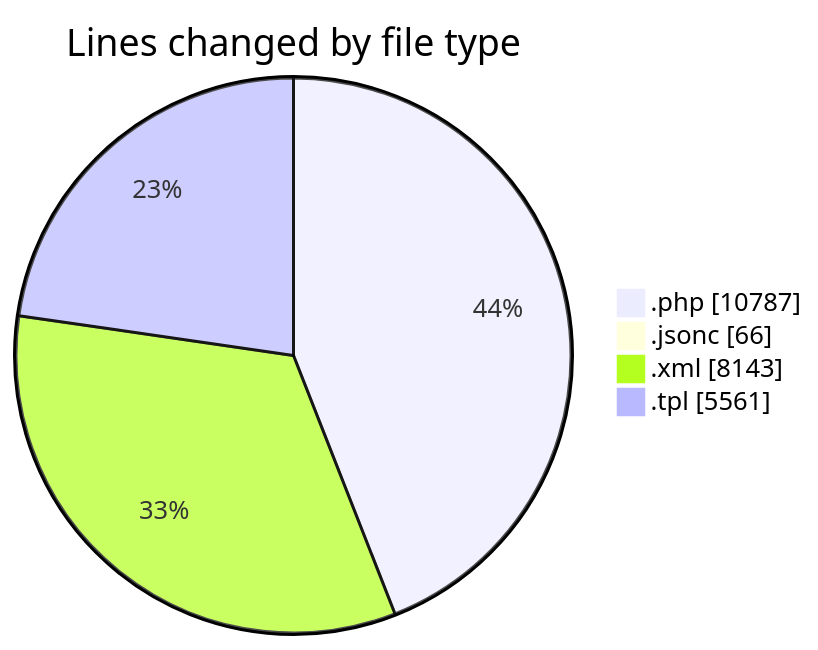
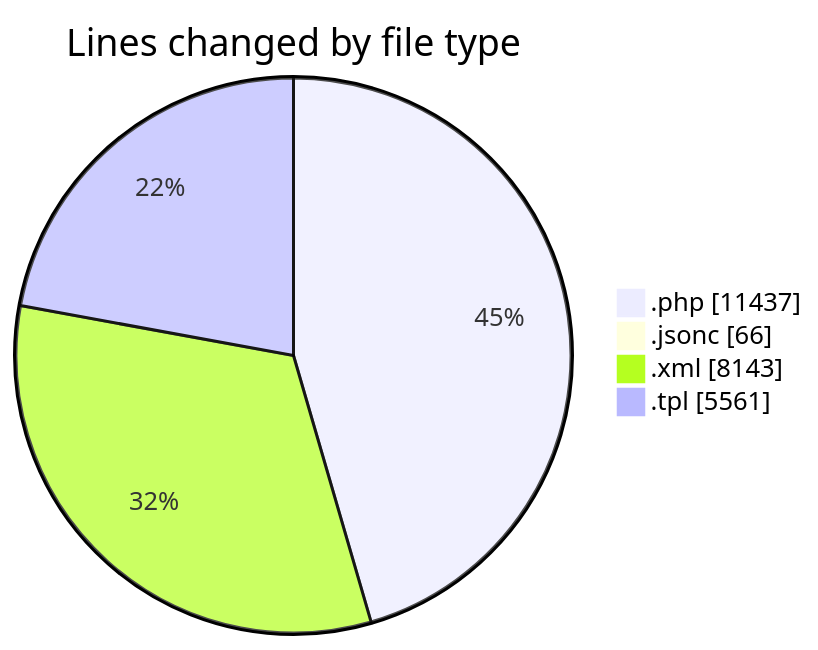
Before and after one commit to vahidmafi/code-tracking: the first of 2 diagrams in 2025-09-06/shop/README.md, drawn with Mermaid. The commit also changed other lines of this file and 1 other file, not shown here.

````diff
--- a/2025-09-06/shop/README.md
+++ b/2025-09-06/shop/README.md
@@ -34,8 +35,8 @@
 ```mermaid
 pie showData
 title Lines changed by file type
-".php" : 10787
+".php" : 11437
 ".jsonc" : 66
 ".xml" : 8143
 ".tpl" : 5561
 ```
````
